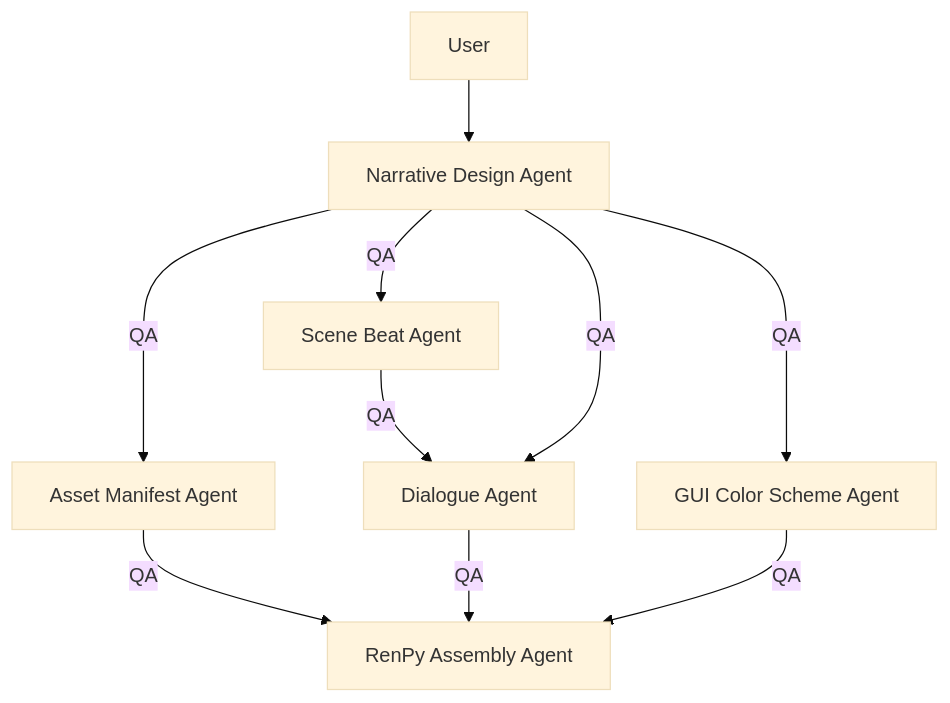
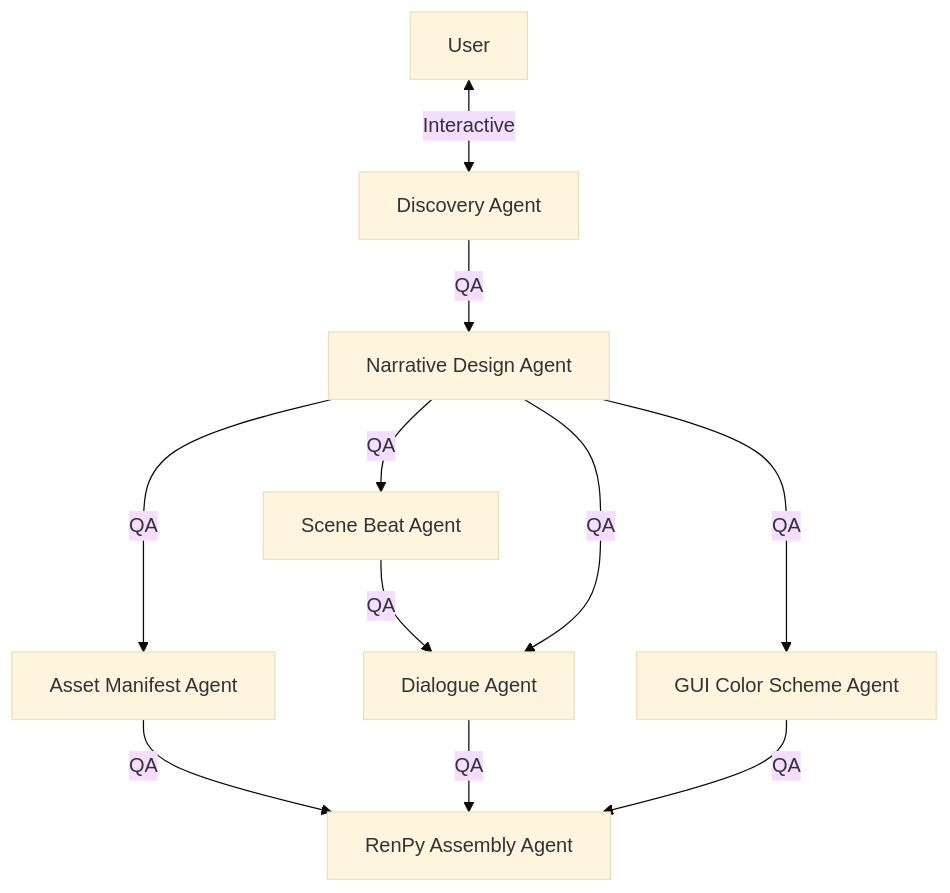
One commit to danglenzig/KARLA_PROD changed the diagram in README.md. Above: the diagram before and after it, drawn with Mermaid (base theme). The commit also changed other lines of this file, not shown here.

````diff
--- a/README.md
+++ b/README.md
@@ -31,19 +35,21 @@
 ```mermaid
 graph TD
     US[User]
+    DI[Discovery Agent]
     ND[Narrative Design Agent]
     SB[Scene Beat Agent]
     DA[Dialogue Agent]
     AM[Asset Manifest Agent]
     CA[GUI Color Scheme Agent]
     RP[RenPy Assembly Agent]
-    US-->ND
+    US<-->|Interactive|DI
+    DI-->|QA|ND
     ND-->|QA|SB
     ND-->|QA|AM
     ND-->|QA|CA
     SB-->|QA|DA
     ND-->|QA|DA
     AM-->|QA|RP
     DA-->|QA|RP
     CA-->|QA|RP
 ```
````
